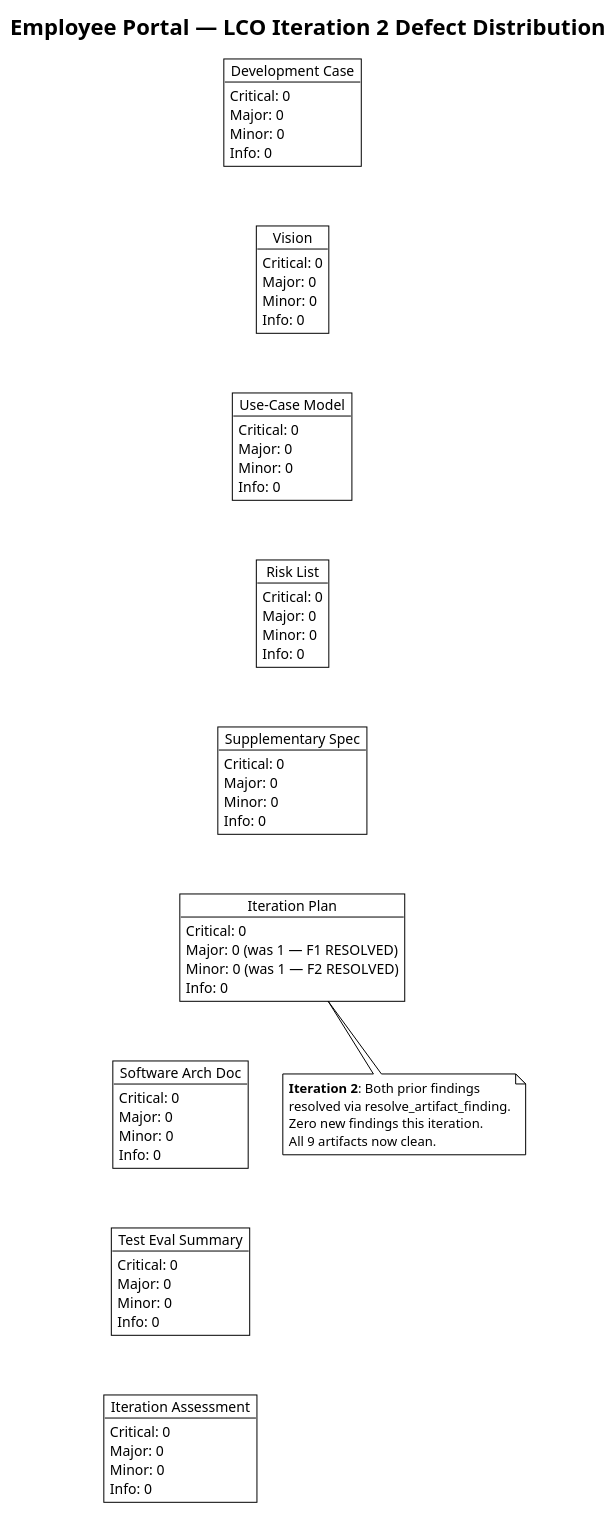
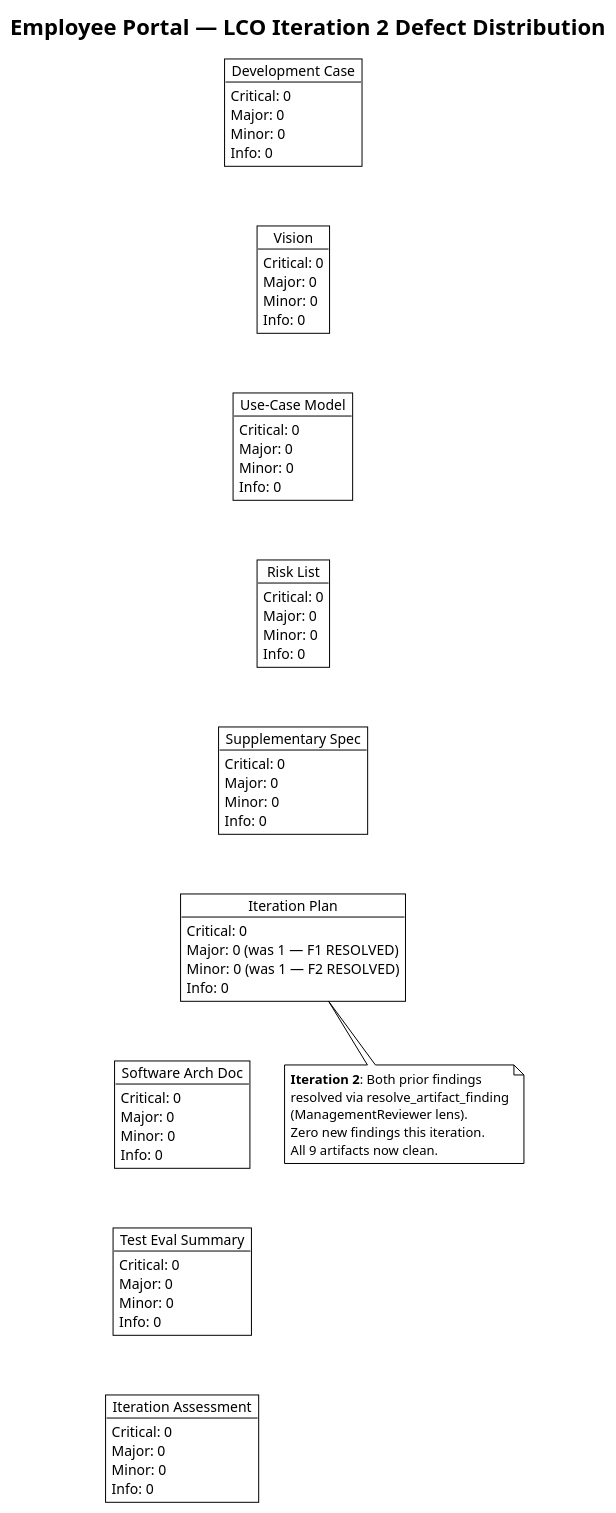
Before and after one commit to banense-test/employee-portal: the fifth of 5 diagrams in docs/artifacts/project-management/review-record.md, drawn with PlantUML. The commit also changed other lines of this file, not shown here.

First line of the commit message:
Management Reviewer [I2]: upsert Review Record

```diff
--- a/docs/artifacts/project-management/review-record.md
+++ b/docs/artifacts/project-management/review-record.md
@@ -337,7 +455,8 @@
 
 note bottom of ITP
   **Iteration 2**: Both prior findings
-  resolved via resolve_artifact_finding.
+  resolved via resolve_artifact_finding
+  (ManagementReviewer lens).
   Zero new findings this iteration.
   All 9 artifacts now clean.
 end note
```
